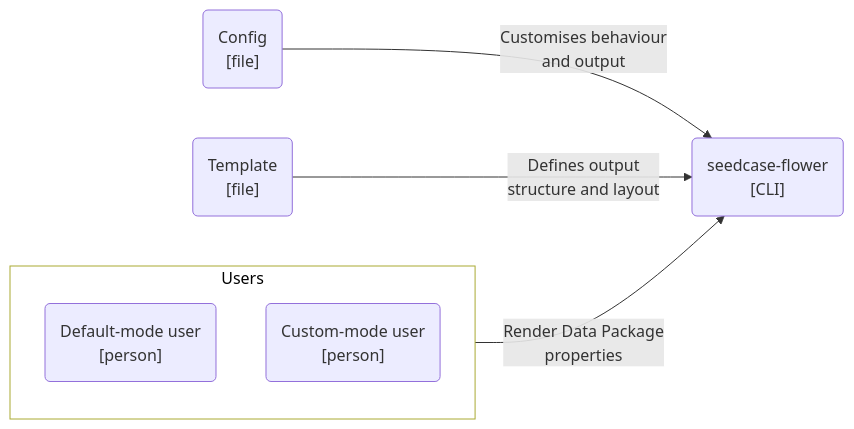
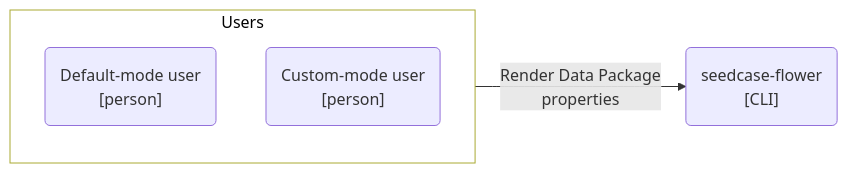
The first of 3 diagrams in docs/design/architecture.qmd (seedcase-project/seedcase-flower), drawn with Mermaid before and after one commit. The commit also changed other lines of this file, not shown here.

````diff
--- a/docs/design/architecture.qmd
+++ b/docs/design/architecture.qmd
@@ -51,21 +51,17 @@
 ```{mermaid}
 %%| label: fig-c4-context
-%%| fig-cap: "C4 system context diagram showing the anticipated users and external systems `seedcase-flower` interacts with."
+%%| fig-cap: "C4 system context diagram showing the anticipated users and external systems Flower interacts with."
 flowchart LR
 
     subgraph "Users"
         user_default("Default-mode user<br>[person]")
         user_custom("Custom-mode user<br>[person]")
     end
 
-    config("Config<br>[file]")
-    template("Template<br>[file]")
     flower("seedcase-flower<br>[CLI]")
 
-    config --"Customises behaviour<br>and output"--> flower
-    template --"Defines output<br>structure and layout"--> flower
     Users --"Render Data Package<br>properties"--> flower
 
     %% Styling
     style Users fill:#FFFFFF, color:#000000
 ```
````
